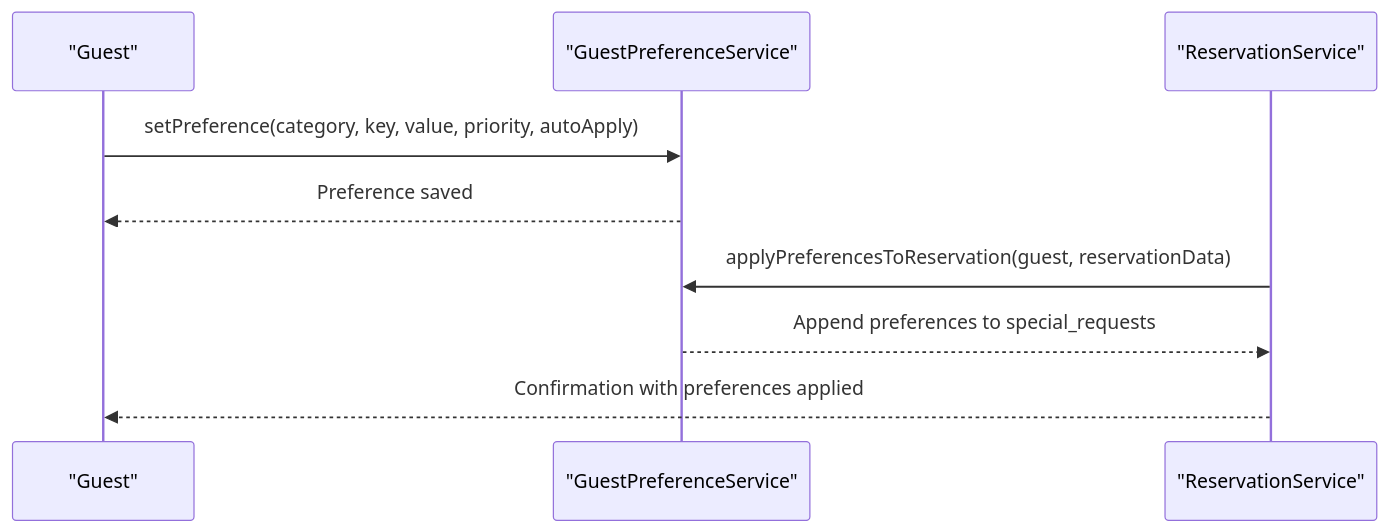
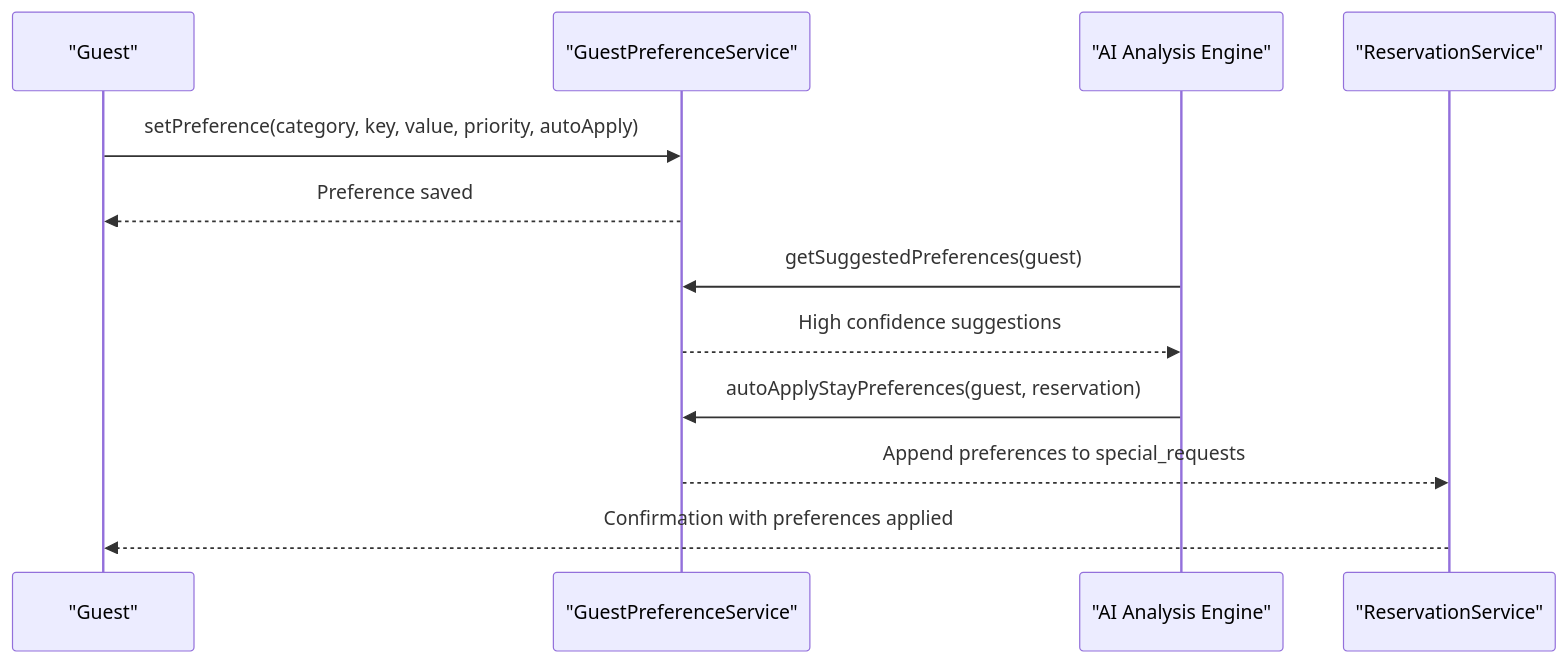
Before and after one commit to wahyudedik/qalcuityERP: the fifth of 11 diagrams in .qoder/repowiki/en/content/Industry-Specific Modules/Hotel & Resort Management Module/Hotel & Resort Management Module.md, drawn with Mermaid. The commit also changed other lines of this file and 626 other files, not shown here.

````diff
--- a/.qoder/repowiki/en/content/Industry-Specific Modules/Hotel & Resort Management Module/Hotel & Resort Management Module.md
+++ b/.qoder/repowiki/en/content/Industry-Specific Modules/Hotel & Resort Management Module/Hotel & Resort Management Module.md
@@ -227,11 +298,14 @@
 ```mermaid
 sequenceDiagram
 participant Guest as "Guest"
 participant GPS as "GuestPreferenceService"
+participant AI as "AI Analysis Engine"
 participant Reservation as "ReservationService"
 Guest->>GPS : setPreference(category, key, value, priority, autoApply)
 GPS-->>Guest : Preference saved
-Reservation->>GPS : applyPreferencesToReservation(guest, reservationData)
+AI->>GPS : getSuggestedPreferences(guest)
+GPS-->>AI : High confidence suggestions
+AI->>GPS : autoApplyStayPreferences(guest, reservation)
 GPS-->>Reservation : Append preferences to special_requests
 Reservation-->>Guest : Confirmation with preferences applied
 ```
````
